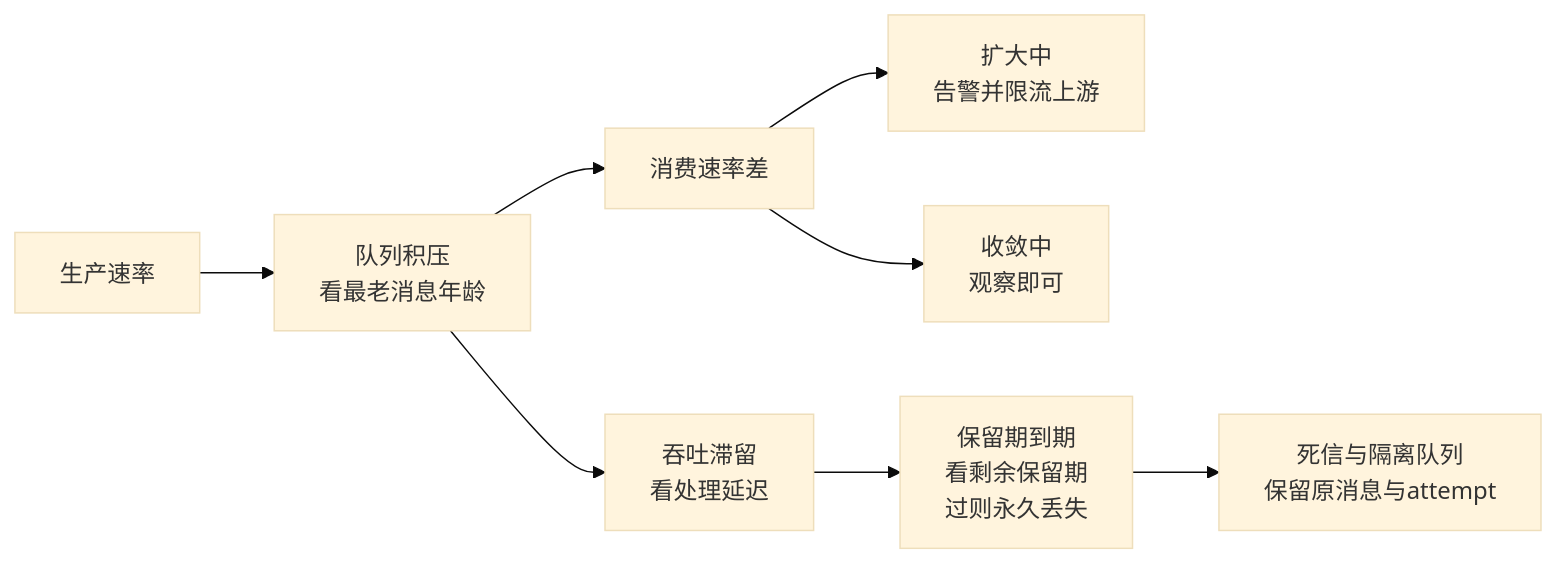
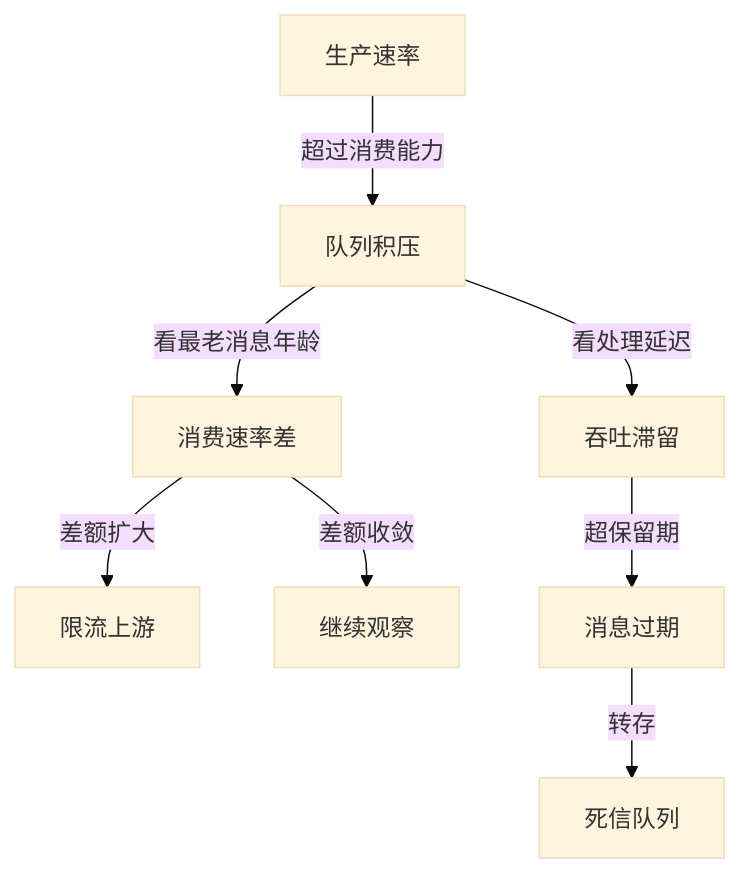
The second of 2 diagrams in vault/工程知识/后端系统：在并发、失败与变化中维持服务/分布式可靠性/消息投递与业务提交需要显式的一致性边界.md (hub138/technical-knowledge), drawn with Mermaid (base theme) before and after one commit. The commit also changed other lines of this file and 622 other files, not shown here.

````diff
--- a/vault/工程知识/后端系统：在并发、失败与变化中维持服务/分布式可靠性/消息投递与业务提交需要显式的一致性边界.md
+++ b/vault/工程知识/后端系统：在并发、失败与变化中维持服务/分布式可靠性/消息投递与业务提交需要显式的一致性边界.md
@@ -254,10 +288,10 @@
 ```mermaid
-flowchart LR
-    P["生产速率"] --> Q["队列积压<br/>看最老消息年龄"]
-    Q --> S["消费速率差"]
-    S --> S1["扩大中<br/>告警并限流上游"]
-    S --> Q2["收敛中<br/>观察即可"]
-    Q --> R["吞吐滞留<br/>看处理延迟"]
-    R --> K["保留期到期<br/>看剩余保留期<br/>过则永久丢失"]
-    K --> L["死信与隔离队列<br/>保留原消息与attempt"]
+flowchart TD
+    P[生产速率] -->|超过消费能力| Q[队列积压]
+    Q -->|看最老消息年龄| S[消费速率差]
+    S -->|差额扩大| S1[限流上游]
+    S -->|差额收敛| Q2[继续观察]
+    Q -->|看处理延迟| R[吞吐滞留]
+    R -->|超保留期| K[消息过期]
+    K -->|转存| L[死信队列]
 ```
````
